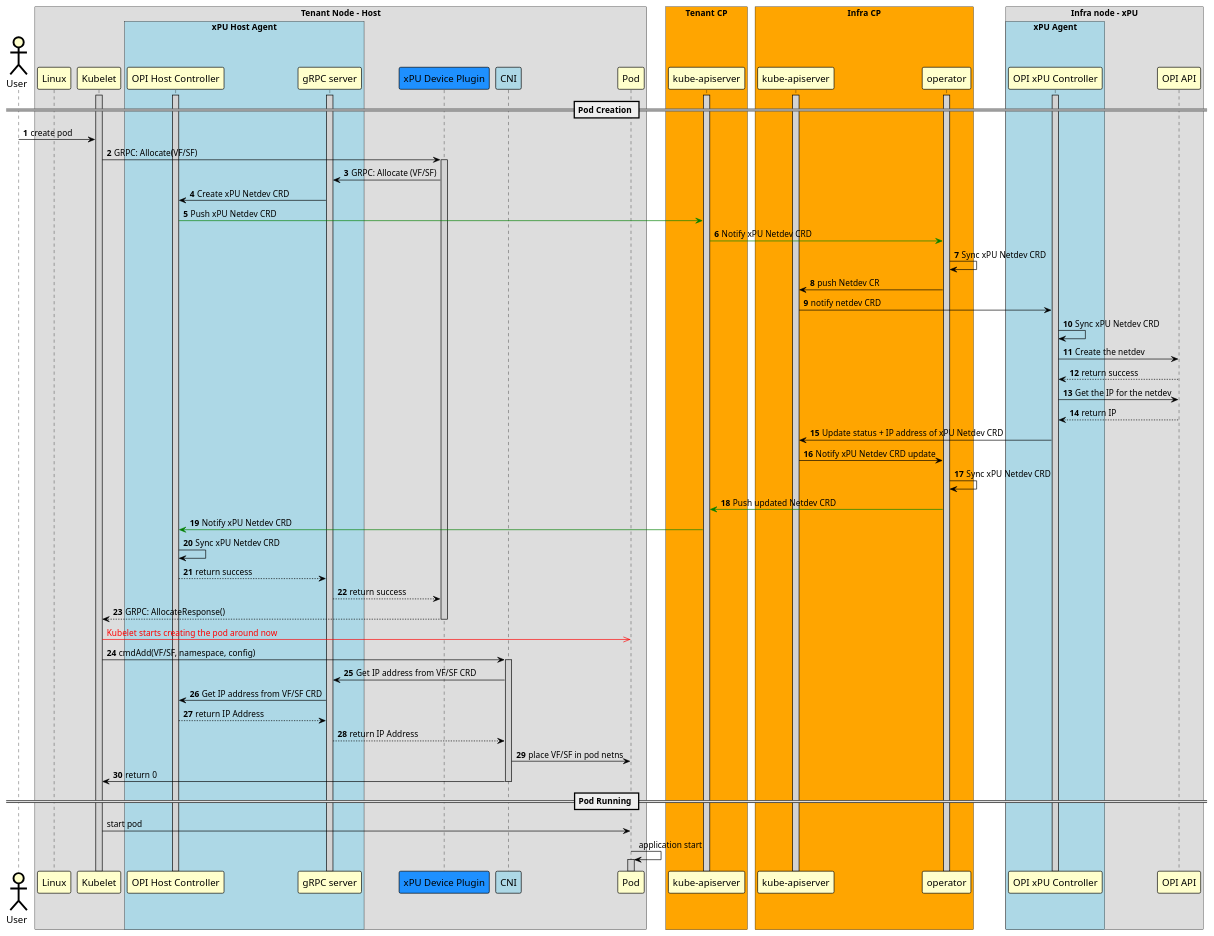
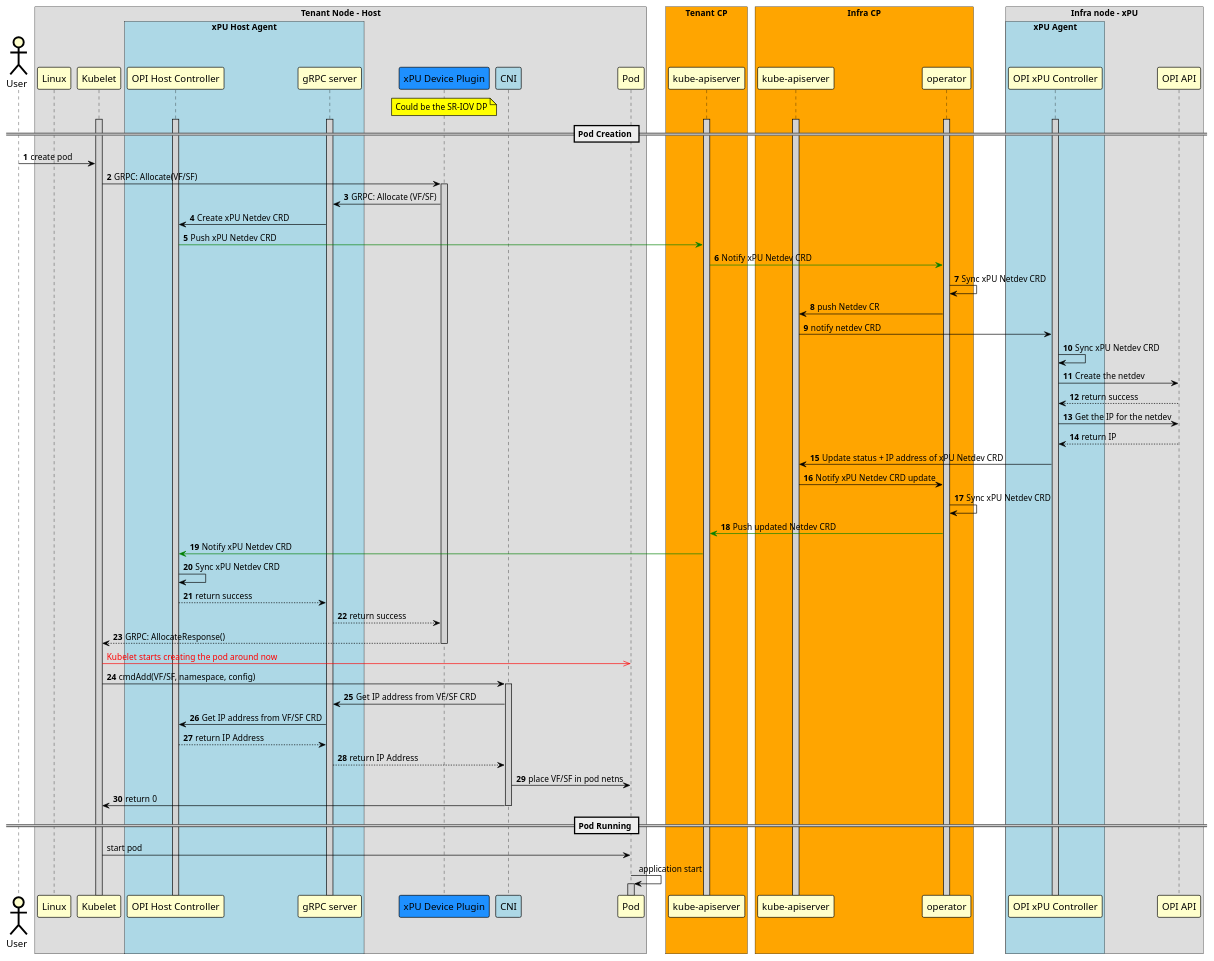
Before and after one commit to redhat-et/ekho: the diagram in sequence-diagrams/puml/host-provisioning-xPU-VF-pod-creation.puml, drawn with PlantUML. The commit also changed 5 other files, not shown here.

```diff
--- a/sequence-diagrams/puml/host-provisioning-xPU-VF-pod-creation.puml
+++ b/sequence-diagrams/puml/host-provisioning-xPU-VF-pod-creation.puml
@@ -1,118 +1,120 @@
 @startuml
 !pragma teoz true
 skinparam noteBorderColor Black
 skinparam noteBorderThickness 1
 skinparam noteBackgroundColor Yellow
 
 skinparam sequence {
 	BoxBorderColor Black
 	BoxFontSize 20
 
 	ArrowColor Black
 	ArrowThickness 1
 
 	ActorBorderColor Black
 	ActorBorderThickness 3
 	ActorBackgroundColor Business
 	ActorFontSize 15
 
 	ParticipantBorderColor Black
 	ParticipantBorderThickness 1
 	ParticipantBackgroundColor Business
 	ParticipantFontSize 15
 
 	LifeLineBorderColor Black
 	LifeLineBorderThickness 1
 	LifeLineBackgroundColor LightGray
 }
 
 actor "User"
 box "Tenant Node - Host"
 	participant "Linux"
 	participant "Kubelet"
   box "xPU Host Agent" #LightBlue
          participant "OPI Host Controller"
          participant "gRPC server"
   end box
 	participant "xPU Device Plugin" #dodgerblue
 	participant "CNI" #LightBlue
 	participant "Pod"
 end box
+
+note over "xPU Device Plugin": Could be the SR-IOV DP
 
 box "Tenant CP" #Orange
   participant "kube-apiserver" as api1
 end box
 
 box "Infra CP" #Orange
   participant "kube-apiserver" as api2
   participant "operator"
 end box
 
 box "Infra node - xPU"
   box "xPU Agent" #LightBlue
 	participant "OPI xPU Controller"
   end box
   participant "OPI API"
 end box
 
 activate api1
 activate api2
 activate "Kubelet"
 activate "operator"
 activate "gRPC server"
 activate "OPI xPU Controller"
 activate "OPI Host Controller"
 
 == Pod Creation ==
 autonumber
 
 "User" -> "Kubelet": create pod
 "Kubelet" -> "xPU Device Plugin": GRPC: Allocate(VF/SF)
 activate "xPU Device Plugin"
 "xPU Device Plugin" -> "gRPC server": GRPC: Allocate (VF/SF)
 "gRPC server" -> "OPI Host Controller" : Create xPU Netdev CRD
 "OPI Host Controller" -[#green]> api1 : Push xPU Netdev CRD
 api1 -[#green]> "operator": Notify xPU Netdev CRD
 "operator" -> "operator": Sync xPU Netdev CRD
 "operator" -> api2: push Netdev CR
 api2 -> "OPI xPU Controller": notify netdev CRD
 "OPI xPU Controller" -> "OPI xPU Controller": Sync xPU Netdev CRD
 "OPI xPU Controller"->"OPI API": Create the netdev
 "OPI API"-->"OPI xPU Controller": return success
 "OPI xPU Controller"->"OPI API": Get the IP for the netdev
 "OPI API"-->"OPI xPU Controller": return IP
 "OPI xPU Controller" -> api2: Update status + IP address of xPU Netdev CRD
 api2 -> "operator": Notify xPU Netdev CRD update
 "operator" -> "operator": Sync xPU Netdev CRD
 "operator"-[#green]>api1: Push updated Netdev CRD
 api1 -[#green]> "OPI Host Controller": Notify xPU Netdev CRD
 "OPI Host Controller" -> "OPI Host Controller": Sync xPU Netdev CRD
 "OPI Host Controller" -->"gRPC server": return success
 "gRPC server" -->"xPU Device Plugin": return success
 "xPU Device Plugin" --> "Kubelet": GRPC: AllocateResponse()
 deactivate "xPU Device Plugin"
 
 autonumber stop
 "Kubelet" -[#Red]>> "Pod" : <color:Red>Kubelet starts creating the pod around now
 autonumber resume
 
 "Kubelet" -> "CNI" : cmdAdd(VF/SF, namespace, config)
 activate "CNI"
 "CNI" -> "gRPC server" : Get IP address from VF/SF CRD
 "gRPC server" -> "OPI Host Controller" : Get IP address from VF/SF CRD
 "OPI Host Controller" -->"gRPC server": return IP Address
 "gRPC server" --> "CNI" : return IP Address
 "CNI" -> "Pod" : place VF/SF in pod netns
 "CNI" -> "Kubelet" : return 0
 
 deactivate "CNI"
 
 autonumber stop
 
 == Pod Running ==
 
 "Kubelet" -> "Pod" : start pod
 "Pod" -> "Pod" : application start
 activate "Pod"
 
 @enduml
```
